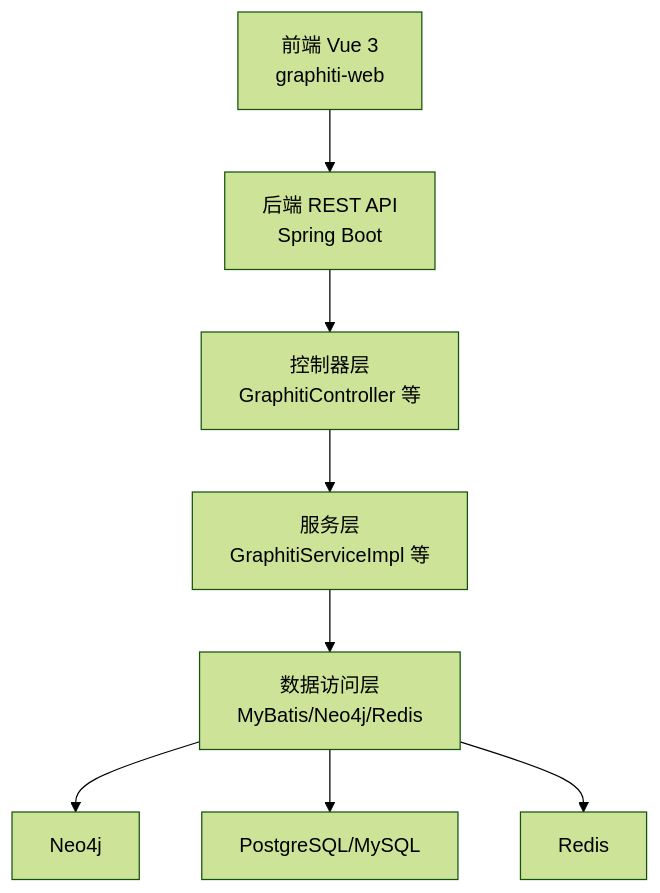
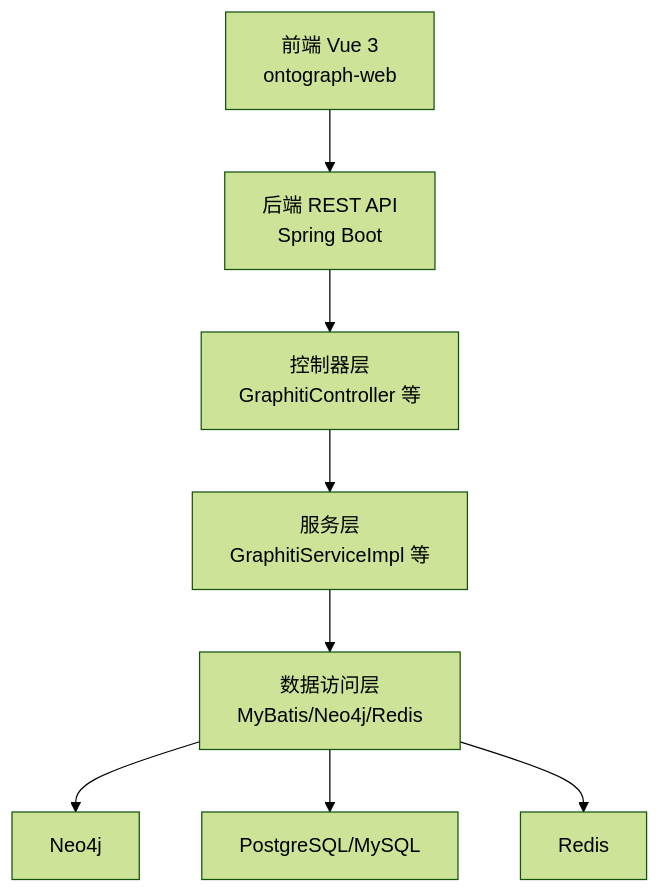
The second of 6 diagrams in docs/manual/开发指南/代码规范/代码规范.md (joezxh/graphiti-java), drawn with Mermaid (forest theme) before and after one commit. The commit also changed other lines of this file and 200 other files, not shown here.

````diff
--- a/docs/manual/开发指南/代码规范/代码规范.md
+++ b/docs/manual/开发指南/代码规范/代码规范.md
@@ -102,10 +102,10 @@
 ```mermaid
 graph TB
-FE["前端 Vue 3<br/>graphiti-web"] --> API["后端 REST API<br/>Spring Boot"]
+FE["前端 Vue 3<br/>ontograph-web"] --> API["后端 REST API<br/>Spring Boot"]
 API --> CTRL["控制器层<br/>GraphitiController 等"]
 CTRL --> SVC["服务层<br/>GraphitiServiceImpl 等"]
 SVC --> DAL["数据访问层<br/>MyBatis/Neo4j/Redis"]
 DAL --> DB1["Neo4j"]
 DAL --> DB2["PostgreSQL/MySQL"]
 DAL --> CACHE["Redis"]
 ```
````
